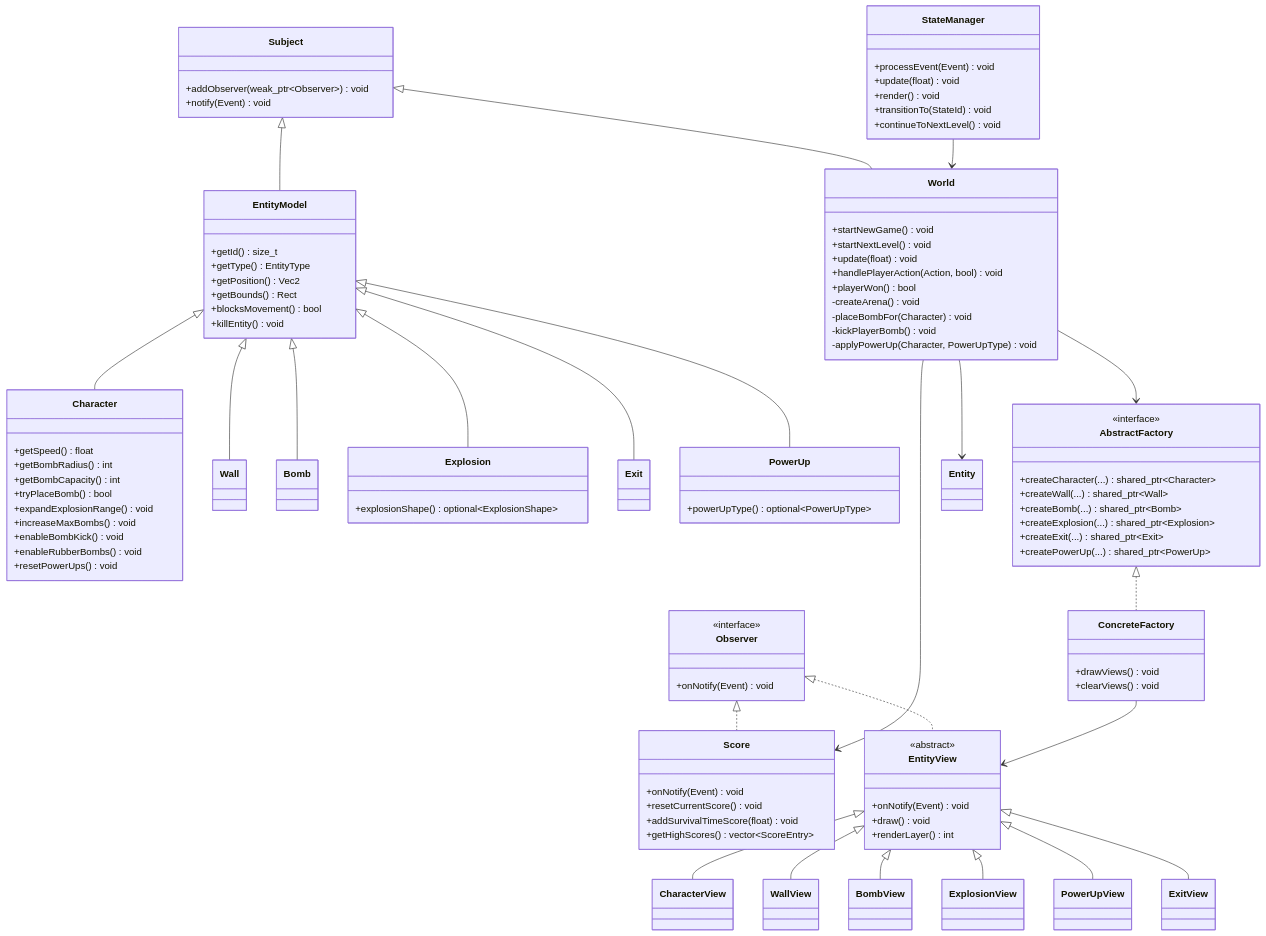
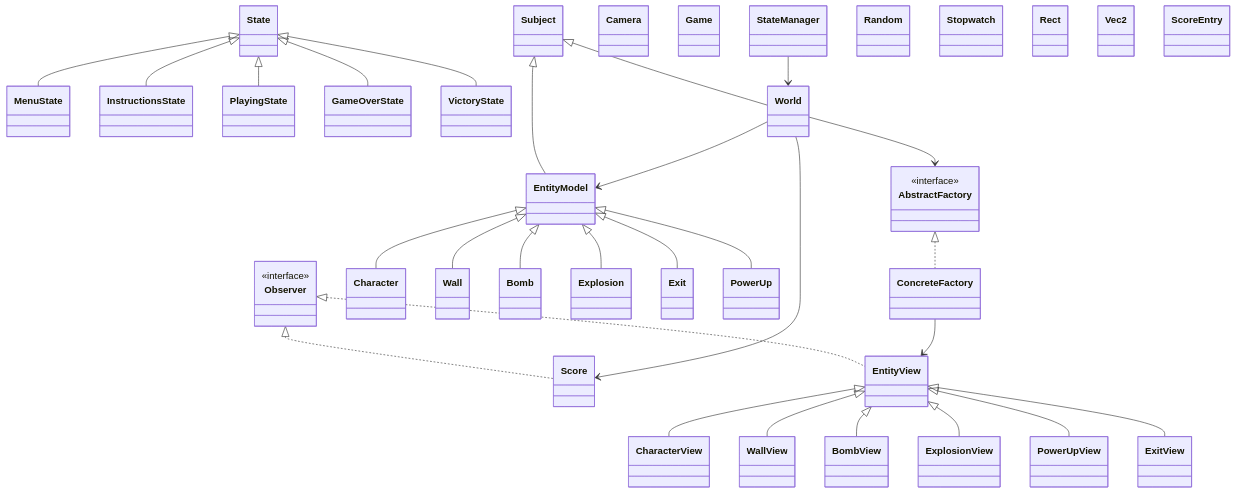
The second of 4 diagrams in README.md (Noranbs/Bomberman), drawn with Mermaid before and after one commit.

```diff
--- a/README.md
+++ b/README.md
@@ -157,89 +157,33 @@
 classDiagram
     class Observer {
         <<interface>>
-        +onNotify(Event) void
     }
 
-    class Subject {
-        +addObserver(weak_ptr~Observer~) void
-        +notify(Event) void
-    }
+    class Subject
 
-    class EntityModel {
-        +getId() size_t
-        +getType() EntityType
-        +getPosition() Vec2
-        +getBounds() Rect
-        +blocksMovement() bool
-        +killEntity() void
-    }
+    class EntityModel
 
-    class Character {
-        +getSpeed() float
-        +getBombRadius() int
-        +getBombCapacity() int
-        +tryPlaceBomb() bool
-        +expandExplosionRange() void
-        +increaseMaxBombs() void
-        +enableBombKick() void
-        +enableRubberBombs() void
-        +resetPowerUps() void
-    }
+    class Character
 
     class Wall
 
     class Bomb
 
-    class Explosion {
-        +explosionShape() optional~ExplosionShape~
-    }
+    class Explosion
 
     class Exit
 
-    class PowerUp {
-        +powerUpType() optional~PowerUpType~
-    }
+    class PowerUp
 
     class AbstractFactory {
         <<interface>>
-        +createCharacter(...) shared_ptr~Character~
-        +createWall(...) shared_ptr~Wall~
-        +createBomb(...) shared_ptr~Bomb~
-        +createExplosion(...) shared_ptr~Explosion~
-        +createExit(...) shared_ptr~Exit~
-        +createPowerUp(...) shared_ptr~PowerUp~
     }
 
-    class World {
-        +startNewGame() void
-        +startNextLevel() void
-        +update(float) void
-        +handlePlayerAction(Action, bool) void
-        +playerWon() bool
-        -createArena() void
-        -placeBombFor(Character) void
-        -kickPlayerBomb() void
-        -applyPowerUp(Character, PowerUpType) void
-    }
+    class ConcreteFactory
 
-    class Score {
-        +onNotify(Event) void
-        +resetCurrentScore() void
-        +addSurvivalTimeScore(float) void
-        +getHighScores() vector~ScoreEntry~
-    }
+    class Score
 
-    class ConcreteFactory {
-        +drawViews() void
-        +clearViews() void
-    }
-
-    class EntityView {
-        <<abstract>>
-        +onNotify(Event) void
-        +draw() void
-        +renderLayer() int
-    }
+    class EntityView
 
     class CharacterView
     class WallView
@@ -248,14 +192,27 @@
     class PowerUpView
     class ExitView
 
-    class StateManager {
-        +processEvent(Event) void
-        +update(float) void
-        +render() void
-        +transitionTo(StateId) void
-        +continueToNextLevel() void
-    }
+    class State
 
+    class MenuState
+    class InstructionsState
+    class PlayingState
+    class GameOverState
+    class VictoryState
+
+    class World
+    class Camera
+    class Game
+    class StateManager
+    class Random
+    class Stopwatch
+    class Rect
+    class Vec2
+    class ScoreEntry
+
+    AbstractFactory <|.. ConcreteFactory
+    Observer <|.. Score
+    Observer <|.. EntityView
     Subject <|-- World
     Subject <|-- EntityModel
     EntityModel <|-- Character
@@ -264,17 +221,19 @@
     EntityModel <|-- Explosion
     EntityModel <|-- Exit
     EntityModel <|-- PowerUp
-    Observer <|.. Score
-    Observer <|.. EntityView
     EntityView <|-- CharacterView
     EntityView <|-- WallView
     EntityView <|-- BombView
     EntityView <|-- ExplosionView
     EntityView <|-- PowerUpView
     EntityView <|-- ExitView
-    AbstractFactory <|.. ConcreteFactory
+    State <|-- MenuState
+    State <|-- InstructionsState
+    State <|-- PlayingState
+    State <|-- GameOverState
+    State <|-- VictoryState
     World --> AbstractFactory
-    World --> Entity
+    World --> EntityModel
     World --> Score
     ConcreteFactory --> EntityView
     StateManager --> World
```
